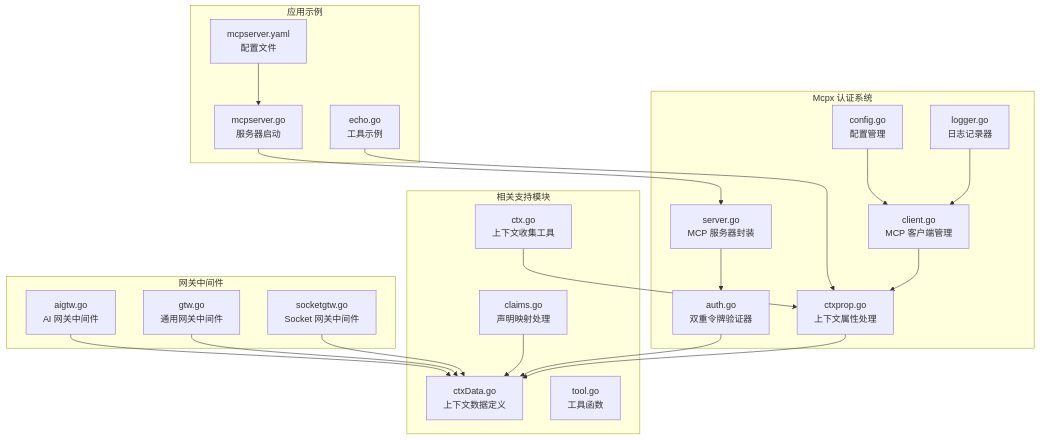
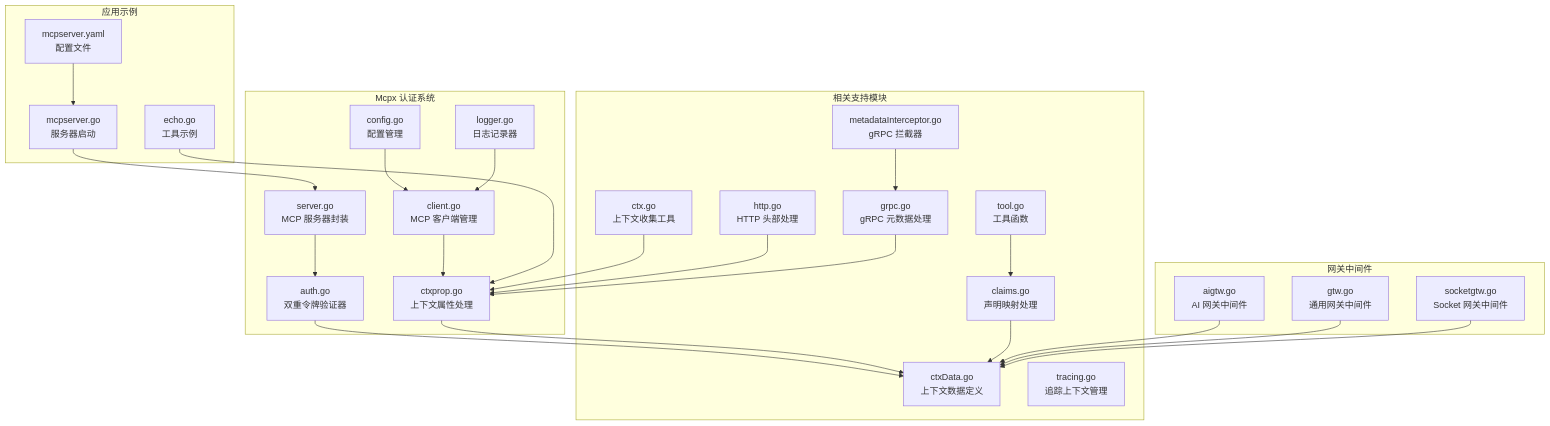
The first of 9 diagrams in .qoder/repowiki/zh/content/Mcpx Authentication System.md (maomao94/zero-service), drawn with Mermaid before and after one commit. The commit also changed other lines of this file and 25 other files, not shown here.

````diff
--- a/.qoder/repowiki/zh/content/Mcpx Authentication System.md
+++ b/.qoder/repowiki/zh/content/Mcpx Authentication System.md
@@ -60,41 +74,49 @@
 ```mermaid
 graph TB
 subgraph "Mcpx 认证系统"
 A[auth.go<br/>双重令牌验证器]
 B[client.go<br/>MCP 客户端管理]
 C[server.go<br/>MCP 服务器封装]
 D[config.go<br/>配置管理]
 E[ctxprop.go<br/>上下文属性处理]
 F[logger.go<br/>日志记录器]
 end
 subgraph "相关支持模块"
 G[ctxData.go<br/>上下文数据定义]
 H[ctx.go<br/>上下文收集工具]
 I[claims.go<br/>声明映射处理]
-J[tool.go<br/>工具函数]
+J[http.go<br/>HTTP 头部处理]
+K[grpc.go<br/>gRPC 元数据处理]
+L[tool.go<br/>工具函数]
+M[metadataInterceptor.go<br/>gRPC 拦截器]
+N[tracing.go<br/>追踪上下文管理]
 end
 subgraph "应用示例"
-K[mcpserver.go<br/>服务器启动]
-L[mcpserver.yaml<br/>配置文件]
-M[echo.go<br/>工具示例]
+O[mcpserver.go<br/>服务器启动]
+P[mcpserver.yaml<br/>配置文件]
+Q[echo.go<br/>工具示例]
 end
 subgraph "网关中间件"
-N[aigtw.go<br/>AI 网关中间件]
-O[gtw.go<br/>通用网关中间件]
-P[socketgtw.go<br/>Socket 网关中间件]
+R[aigtw.go<br/>AI 网关中间件]
+S[gtw.go<br/>通用网关中间件]
+T[socketgtw.go<br/>Socket 网关中间件]
 end
 A --> G
 B --> E
 C --> A
 D --> B
 E --> G
 F --> B
-K --> C
-L --> K
-M --> E
+O --> C
+P --> O
+Q --> E
 H --> E
 I --> G
-N --> G
-O --> G
-P --> G
+J --> E
+K --> E
+L --> I
+M --> K
+R --> G
+S --> G
+T --> G
 ```
````
